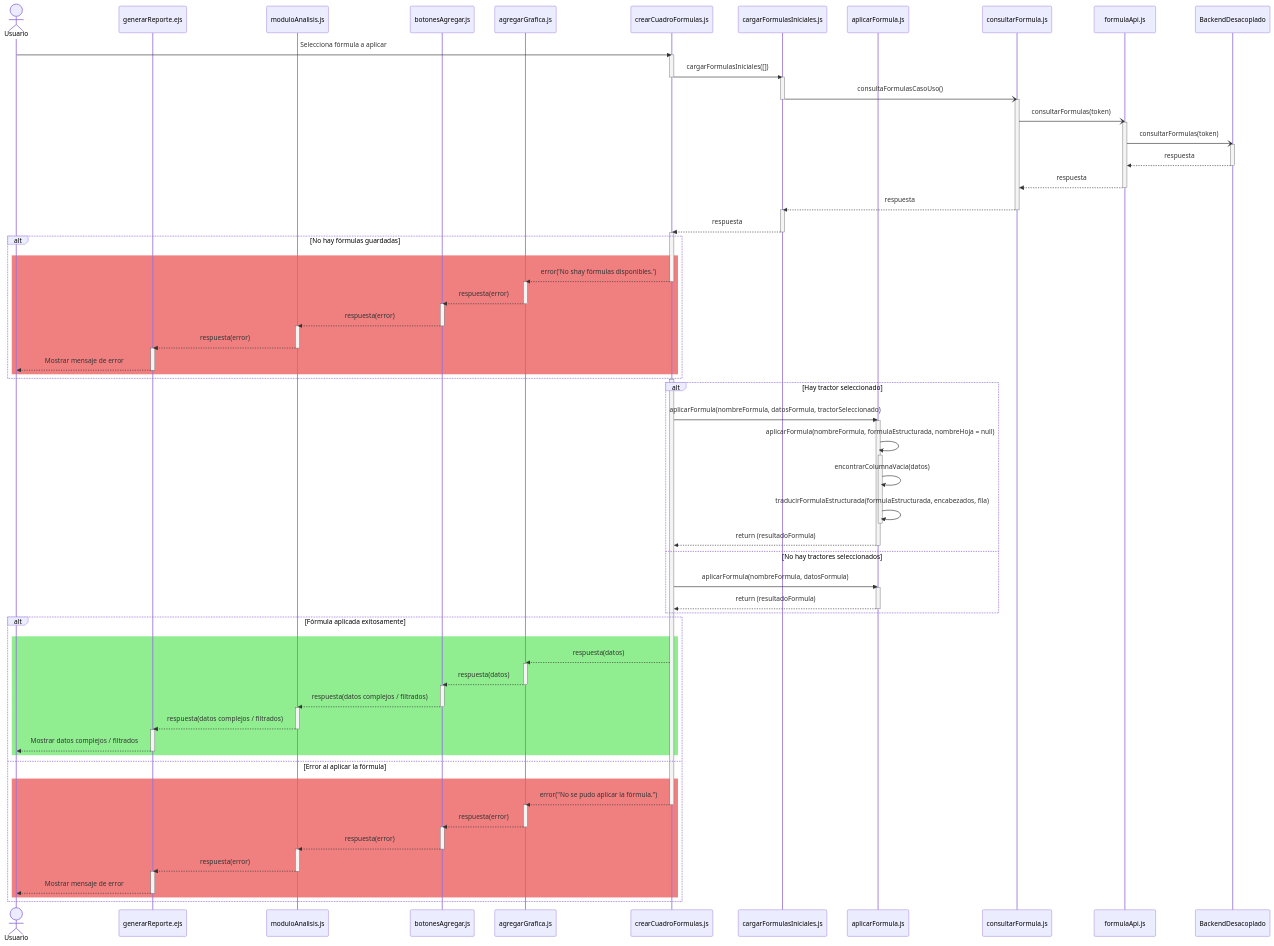
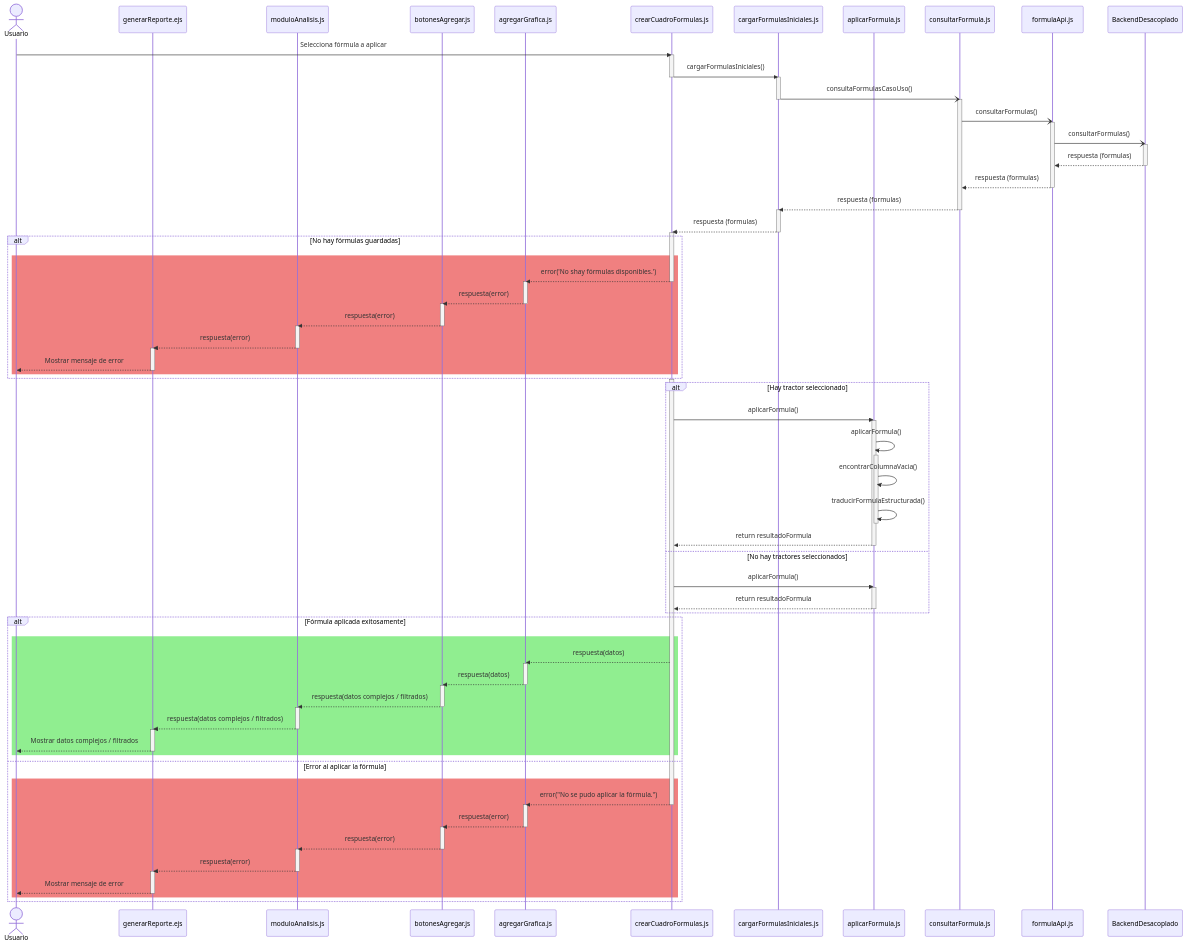
The diagram in documentation/docs/proyectos/tractores/documentacion/requisitos/RF27.md (CodeAnd-Co/Documentacion), drawn with Mermaid before and after one commit. The commit also changed 1 other file, not shown here.

Commit message:
Quitar argumentos de funciones RF27 y agregar criterio RF31

```diff
--- a/documentation/docs/proyectos/tractores/documentacion/requisitos/RF27.md
+++ b/documentation/docs/proyectos/tractores/documentacion/requisitos/RF27.md
@@ -53,24 +53,24 @@
     %% Aplicación de fórmula
     Usuario ->> cuadroFormulas: Selecciona fórmula a aplicar
     activate cuadroFormulas
-    cuadroFormulas ->> formulasIniciales: cargarFormulasIniciales([])
+    cuadroFormulas ->> formulasIniciales: cargarFormulasIniciales()
     deactivate cuadroFormulas
     activate formulasIniciales
     formulasIniciales -) ConsultarFormula: consultaFormulasCasoUso()
     deactivate formulasIniciales
     activate ConsultarFormula
-    ConsultarFormula -) FormulaAPI: consultarFormulas(token)
+    ConsultarFormula -) FormulaAPI: consultarFormulas()
     activate FormulaAPI
-    FormulaAPI -) server: consultarFormulas(token)
+    FormulaAPI -) server: consultarFormulas()
     activate server
-    server -->> FormulaAPI: respuesta
+    server -->> FormulaAPI: respuesta (formulas)
     deactivate server
-    FormulaAPI -->> ConsultarFormula: respuesta
+    FormulaAPI -->> ConsultarFormula: respuesta (formulas)
     deactivate FormulaAPI
-    ConsultarFormula -->> formulasIniciales: respuesta
+    ConsultarFormula -->> formulasIniciales: respuesta (formulas)
     deactivate ConsultarFormula
     activate formulasIniciales
-    formulasIniciales -->> cuadroFormulas: respuesta
+    formulasIniciales -->> cuadroFormulas: respuesta (formulas)
     deactivate formulasIniciales
     activate cuadroFormulas
     alt No hay fórmulas guardadas
@@ -94,17 +94,17 @@
 
     activate cuadroFormulas
     alt Hay tractor seleccionado
-        cuadroFormulas ->> AplicarFormula: aplicarFormula(nombreFormula, datosFormula, tractorSeleccionado)
+        cuadroFormulas ->> AplicarFormula: aplicarFormula()
         activate AplicarFormula
-            AplicarFormula ->>+ AplicarFormula: aplicarFormula(nombreFormula, formulaEstructurada, nombreHoja = null)
-            AplicarFormula ->> AplicarFormula: encontrarColumnaVacia(datos)
-            AplicarFormula ->>- AplicarFormula: traducirFormulaEstructurada(formulaEstructurada, encabezados, fila)
-            AplicarFormula -->> cuadroFormulas: return (resultadoFormula)
+            AplicarFormula ->>+ AplicarFormula: aplicarFormula()
+            AplicarFormula ->> AplicarFormula: encontrarColumnaVacia()
+            AplicarFormula ->>- AplicarFormula: traducirFormulaEstructurada()
+            AplicarFormula -->> cuadroFormulas: return resultadoFormula
         deactivate AplicarFormula
     else No hay tractores seleccionados
-        cuadroFormulas ->> AplicarFormula: aplicarFormula(nombreFormula, datosFormula)
+        cuadroFormulas ->> AplicarFormula: aplicarFormula()
         activate AplicarFormula
-        AplicarFormula -->> cuadroFormulas: return (resultadoFormula)
+        AplicarFormula -->> cuadroFormulas: return resultadoFormula
         deactivate AplicarFormula
     end
     alt Fórmula aplicada exitosamente
```
